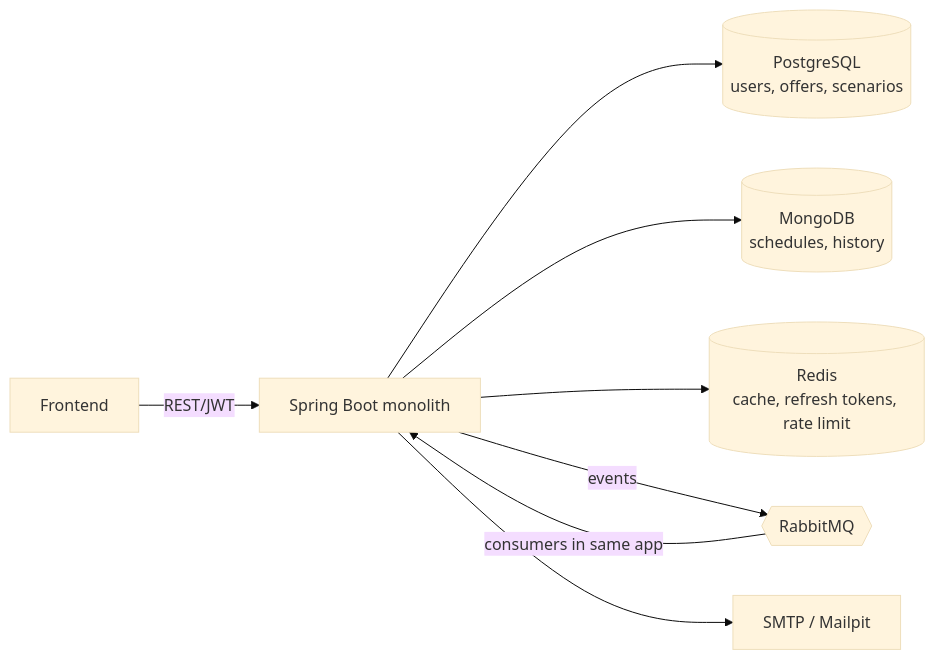
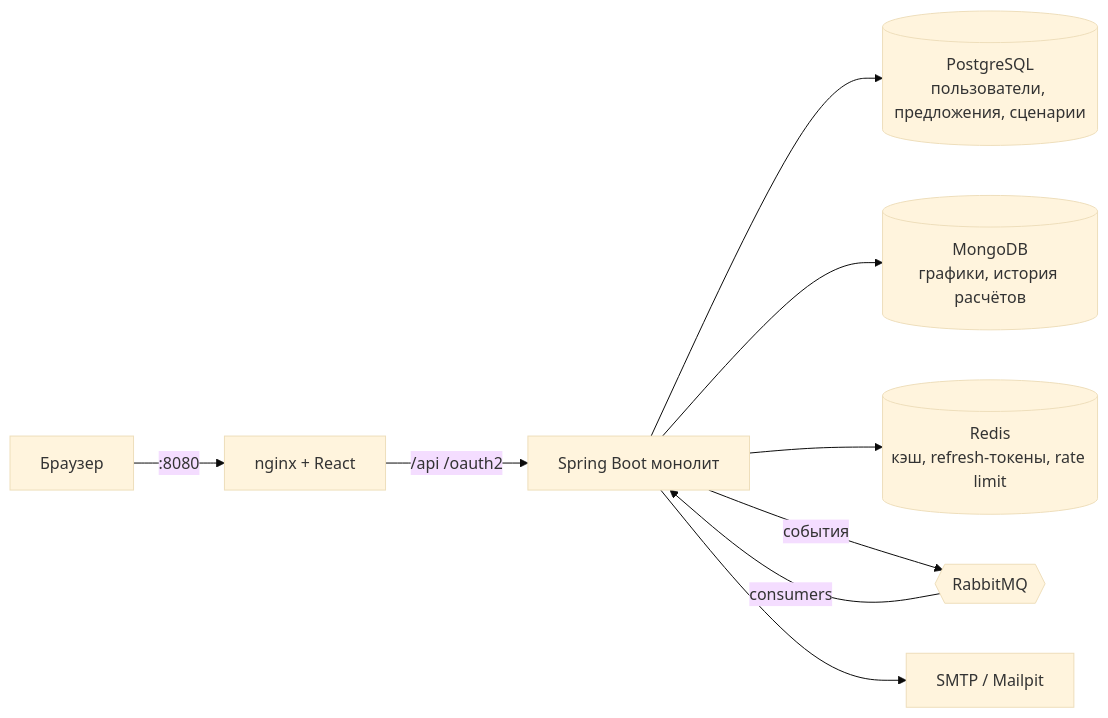
The diagram in README.md (Ratila1/mortgage-planner), drawn with Mermaid (base theme) before and after one commit. The commit also changed other lines of this file and 1 other file, not shown here.

````diff
--- a/README.md
+++ b/README.md
@@ -37,10 +56,11 @@
 ```mermaid
 flowchart LR
-  FE[Frontend] -->|REST/JWT| API[Spring Boot monolith]
-  API --> PG[(PostgreSQL<br/>users, offers, scenarios)]
-  API --> MG[(MongoDB<br/>schedules, history)]
-  API --> RD[(Redis<br/>cache, refresh tokens, rate limit)]
-  API -->|events| MQ{{RabbitMQ}}
-  MQ -->|consumers in same app| API
+  U[Браузер] -->|:8080| N[nginx + React]
+  N -->|/api /oauth2| API[Spring Boot монолит]
+  API --> PG[(PostgreSQL<br/>пользователи, предложения, сценарии)]
+  API --> MG[(MongoDB<br/>графики, история расчётов)]
+  API --> RD[(Redis<br/>кэш, refresh-токены, rate limit)]
+  API -->|события| MQ{{RabbitMQ}}
+  MQ -->|consumers| API
   API --> SMTP[SMTP / Mailpit]
 ```
````
